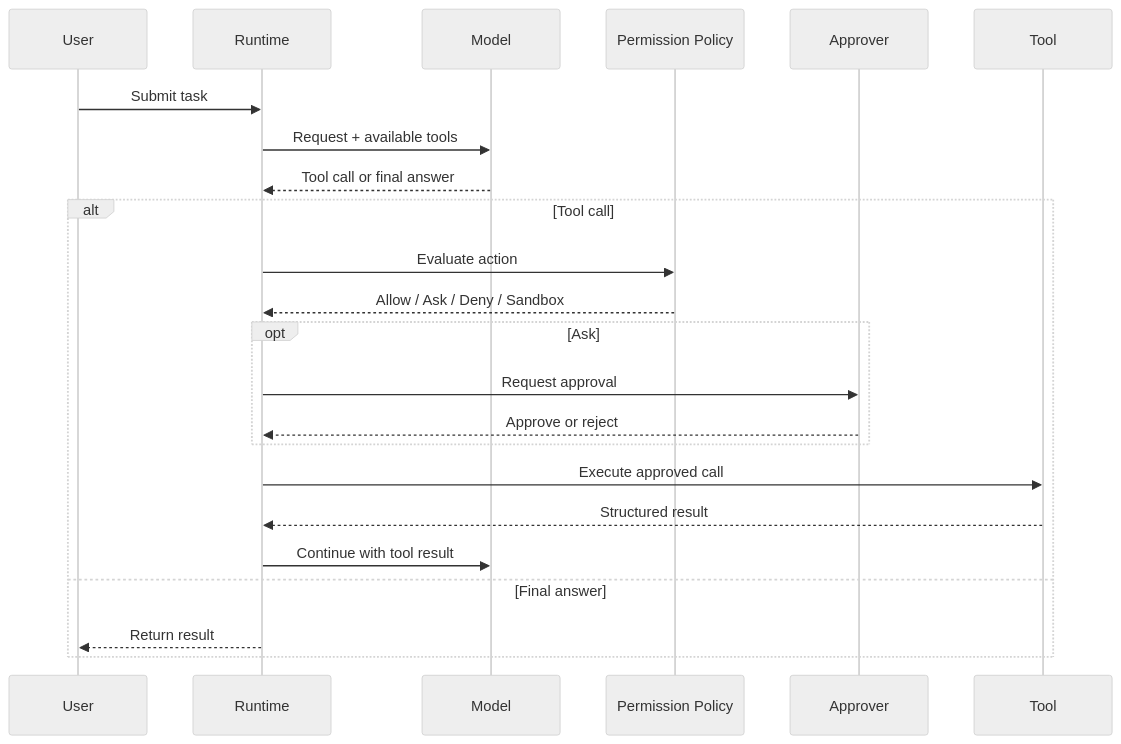
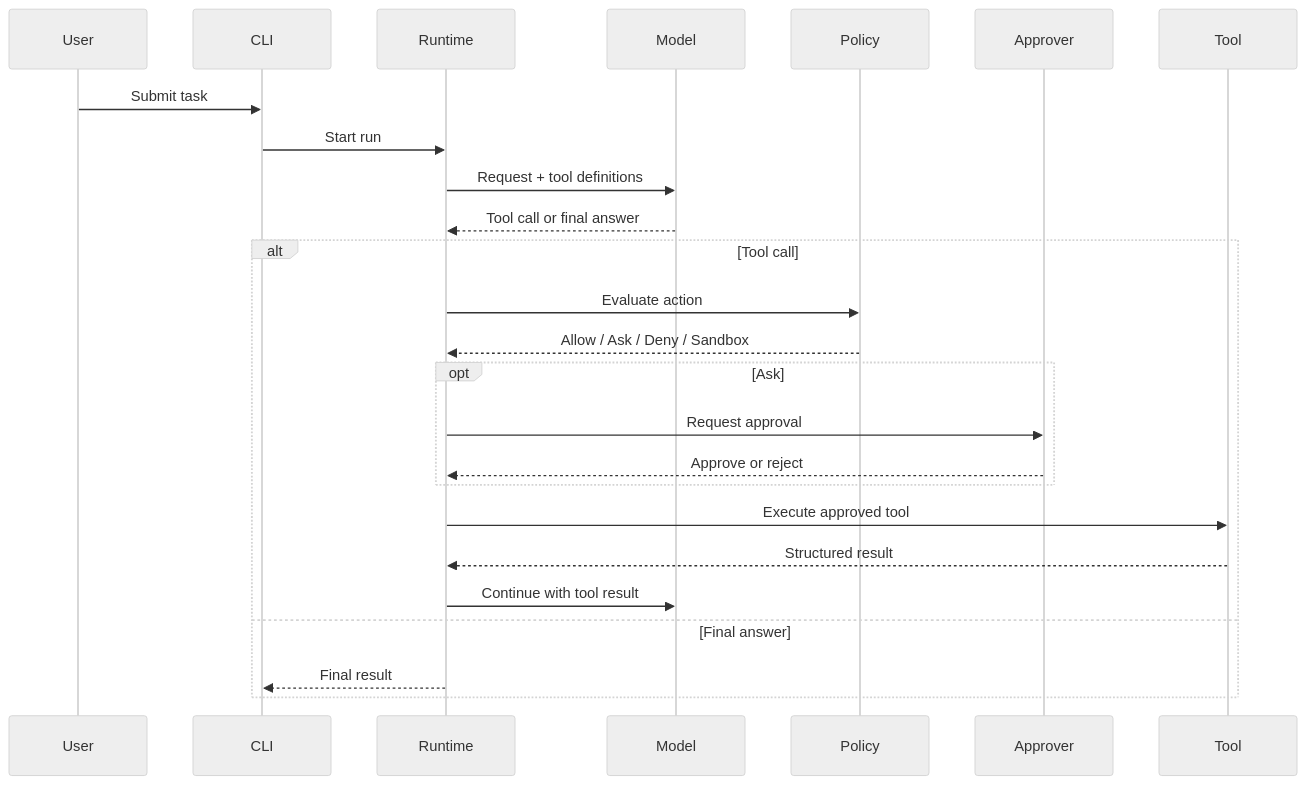
Before and after one commit to timothynn/Nexus: the third of 4 diagrams in README.md, drawn with Mermaid (neutral theme). The commit also changed other lines of this file, not shown here.

Commit message:
docs: document real provider, CLI approvals, and end-to-end tool execution

````diff
--- a/README.md
+++ b/README.md
@@ -158,27 +186,29 @@
 ```mermaid
 sequenceDiagram
     participant U as User
+    participant C as CLI
     participant R as Runtime
     participant M as Model
-    participant P as Permission Policy
+    participant P as Policy
     participant A as Approver
     participant T as Tool
 
-    U->>R: Submit task
-    R->>M: Request + available tools
+    U->>C: Submit task
+    C->>R: Start run
+    R->>M: Request + tool definitions
     M-->>R: Tool call or final answer
 
     alt Tool call
         R->>P: Evaluate action
         P-->>R: Allow / Ask / Deny / Sandbox
         opt Ask
             R->>A: Request approval
             A-->>R: Approve or reject
         end
-        R->>T: Execute approved call
+        R->>T: Execute approved tool
         T-->>R: Structured result
         R->>M: Continue with tool result
     else Final answer
-        R-->>U: Return result
+        R-->>C: Final result
     end
 ```
````
